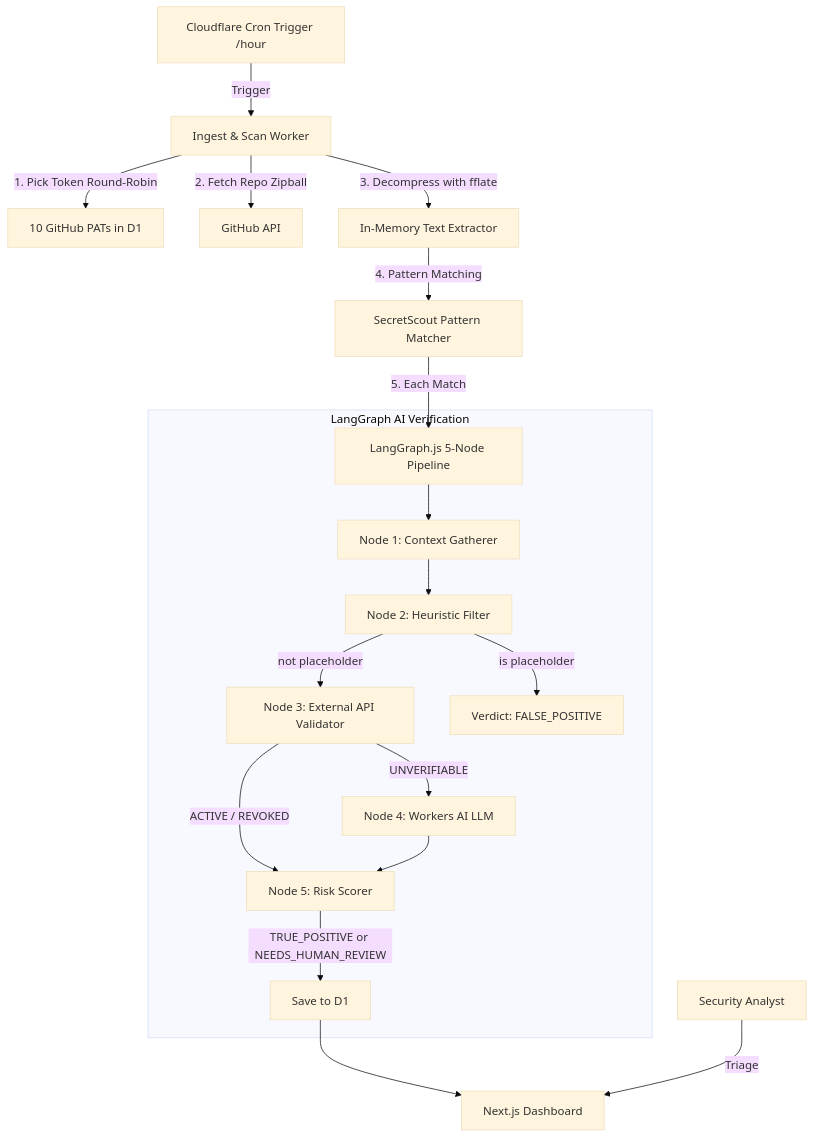
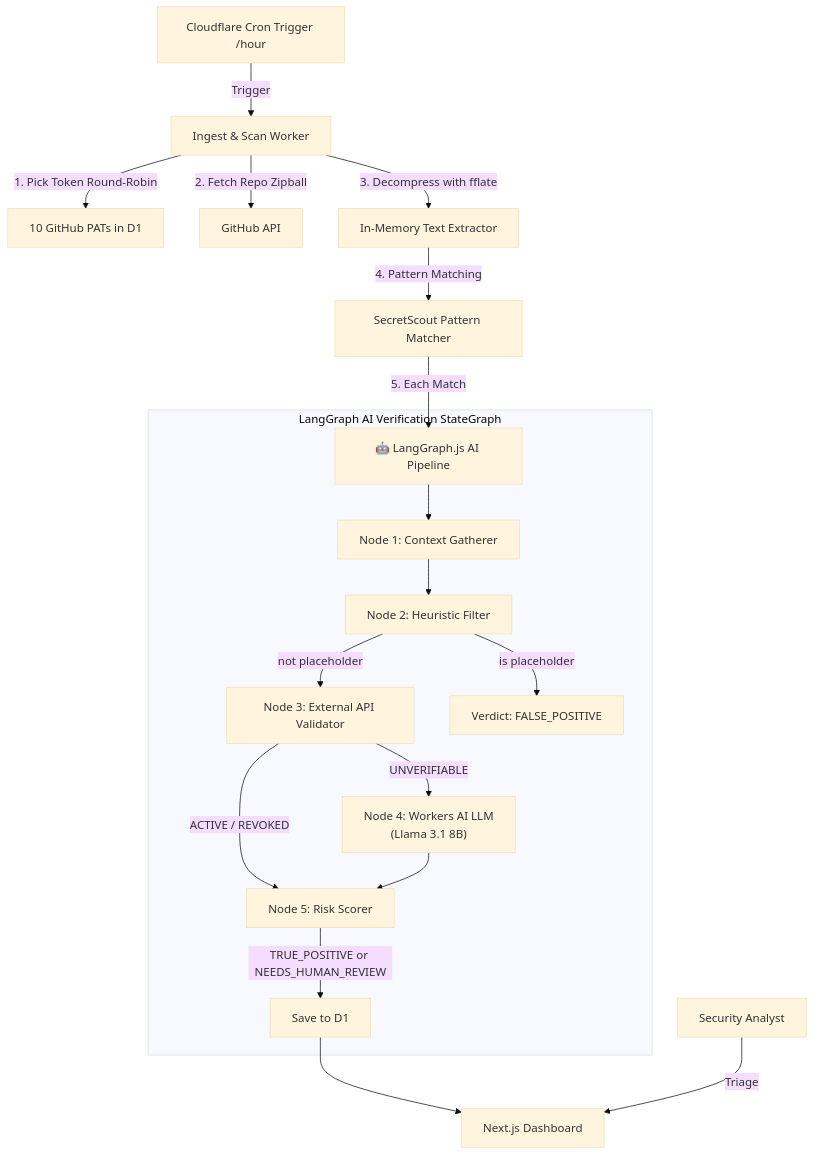
One commit to Teycir/RepoScout changed the diagram in README.md. Above: the diagram before and after it, drawn with Mermaid (base theme). The commit also changed other lines of this file and 8 other files, not shown here.

````diff
--- a/README.md
+++ b/README.md
@@ -168,23 +205,23 @@
 ```mermaid
 graph TD
     Cron[Cloudflare Cron Trigger /hour] -->|Trigger| ScanWorker[Ingest & Scan Worker]
     ScanWorker -->|1. Pick Token Round-Robin| TokenPool[10 GitHub PATs in D1]
     ScanWorker -->|2. Fetch Repo Zipball| GitHub[GitHub API]
     ScanWorker -->|3. Decompress with fflate| Extractor[In-Memory Text Extractor]
     Extractor -->|4. Pattern Matching| Matcher[SecretScout Pattern Matcher]
-    Matcher -->|5. Each Match| LangGraph[LangGraph.js 5-Node Pipeline]
+    Matcher -->|5. Each Match| LangGraph[🤖 LangGraph.js AI Pipeline]
 
-    subgraph LangGraph AI Verification
+    subgraph "LangGraph AI Verification StateGraph"
         LangGraph --> N1[Node 1: Context Gatherer]
         N1 --> N2[Node 2: Heuristic Filter]
         N2 -->|not placeholder| N3[Node 3: External API Validator]
         N2 -->|is placeholder| FP[Verdict: FALSE_POSITIVE]
         N3 -->|ACTIVE / REVOKED| N5[Node 5: Risk Scorer]
-        N3 -->|UNVERIFIABLE| N4[Node 4: Workers AI LLM]
+        N3 -->|UNVERIFIABLE| N4["Node 4: Workers AI LLM<br/>(Llama 3.1 8B)"]
         N4 --> N5
         N5 -->|TRUE_POSITIVE or NEEDS_HUMAN_REVIEW| Done[Save to D1]
     end
 
     Done --> Dashboard[Next.js Dashboard]
     Analyst[Security Analyst] -->|Triage| Dashboard
 ```
````
